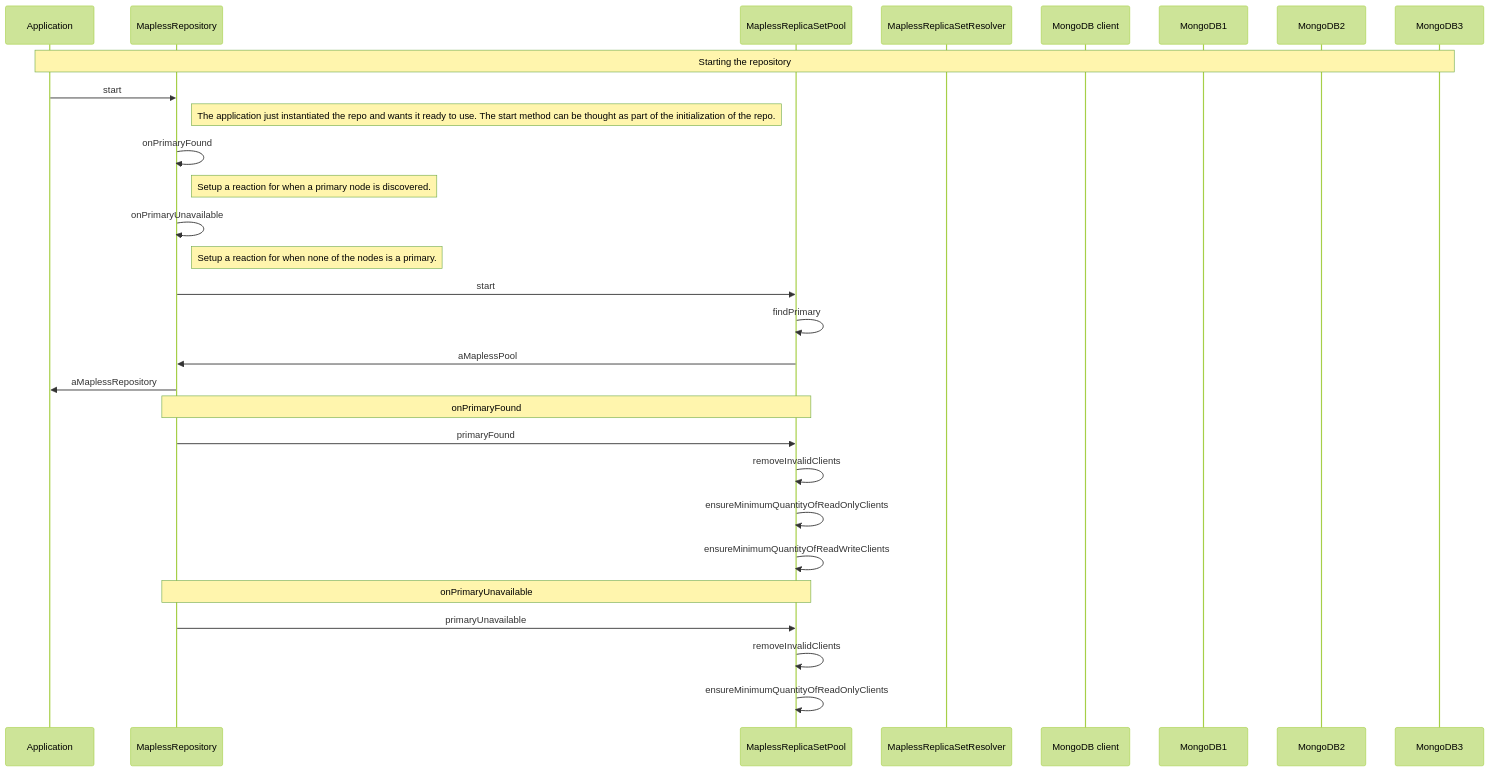
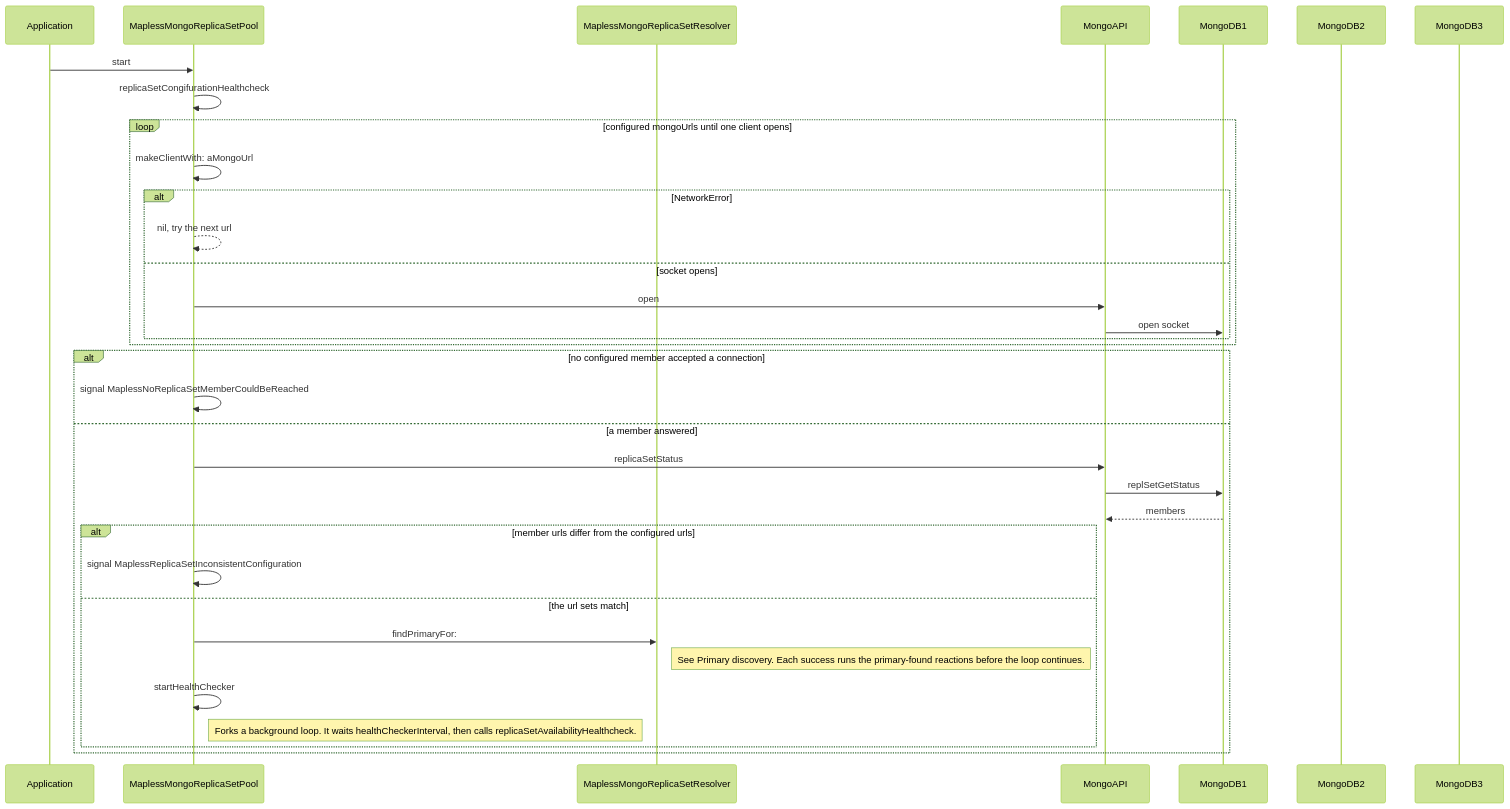
The first of 5 diagrams in docs/replica-set.md (sebastianconcept/Mapless), drawn with Mermaid (forest theme) before and after one commit. The commit also changed other lines of this file and 5 other files, not shown here.

First line of the commit message:
Update .gitignore, enhance justfile for local testing, and improve MongoDB replica set documentation

````diff
--- a/docs/replica-set.md
+++ b/docs/replica-set.md
@@ -7,34 +11,37 @@
 ```mermaid
 sequenceDiagram
     participant app as Application
-    participant repo as MaplessRepository
-    participant pool as MaplessReplicaSetPool
-    participant resolver as MaplessReplicaSetResolver
-    participant client as MongoDB client
+    participant pool as MaplessMongoReplicaSetPool
+    participant resolver as MaplessMongoReplicaSetResolver
+    participant client as MongoAPI
     participant MongoDB1
     participant MongoDB2
     participant MongoDB3
 
-    Note over app,MongoDB3: Starting the repository
-    app->>repo: start
-    Note right of repo: The application just instantiated the repo and wants it ready to use. The start method can be thought as part of the initialization of the repo.
-    repo->>repo: onPrimaryFound
-    Note right of repo: Setup a reaction for when a primary node is discovered.
-    repo->>repo: onPrimaryUnavailable
-    Note right of repo: Setup a reaction for when none of the nodes is a primary.
-    repo->>pool: start
-    pool->>pool: findPrimary
-    pool->>repo: aMaplessPool
-    repo->>app: aMaplessRepository
-
-    Note over repo,pool: onPrimaryFound
-    repo->>pool: primaryFound
-    pool->>pool: removeInvalidClients
-    pool->>pool: ensureMinimumQuantityOfReadOnlyClients
-    pool->>pool: ensureMinimumQuantityOfReadWriteClients
-
-    Note over repo,pool: onPrimaryUnavailable
-    repo->>pool: primaryUnavailable
-    pool->>pool: removeInvalidClients
-    pool->>pool: ensureMinimumQuantityOfReadOnlyClients
+    app->>pool: start
+    pool->>pool: replicaSetCongifurationHealthcheck
+    loop configured mongoUrls until one client opens
+        pool->>pool: makeClientWith: aMongoUrl
+        alt NetworkError
+            pool-->>pool: nil, try the next url
+        else socket opens
+            pool->>client: open
+            client->>MongoDB1: open socket
+        end
+    end
+    alt no configured member accepted a connection
+        pool->>pool: signal MaplessNoReplicaSetMemberCouldBeReached
+    else a member answered
+        pool->>client: replicaSetStatus
+        client->>MongoDB1: replSetGetStatus
+        MongoDB1-->>client: members
+        alt member urls differ from the configured urls
+            pool->>pool: signal MaplessReplicaSetInconsistentConfiguration
+        else the url sets match
+            pool->>resolver: findPrimaryFor:
+            Note right of resolver: See Primary discovery. Each success runs the primary-found reactions before the loop continues.
+            pool->>pool: startHealthChecker
+            Note right of pool: Forks a background loop. It waits healthCheckerInterval, then calls replicaSetAvailabilityHealthcheck.
+        end
+    end
 ```
````
